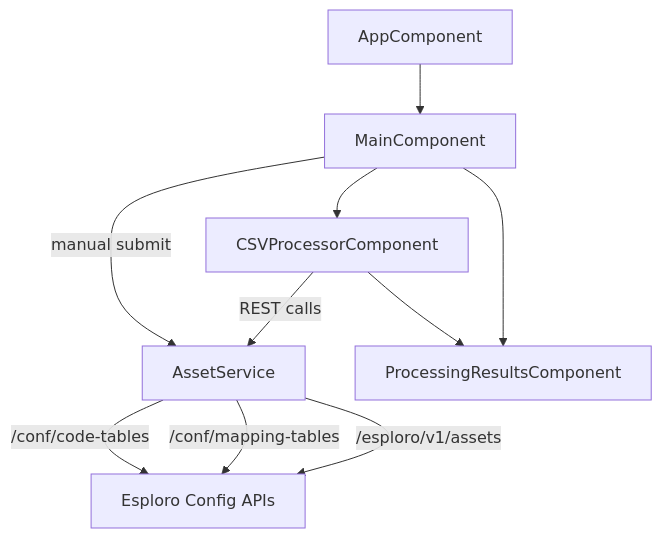
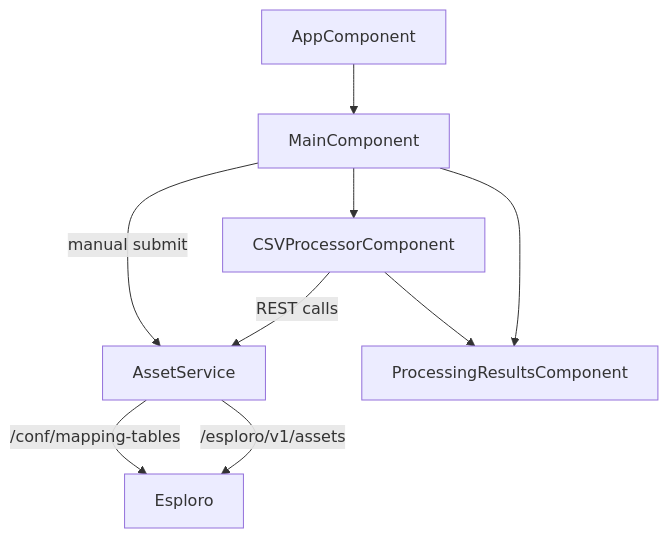
One commit to Testing-Environment/esploro-csv-researcher-loader changed the first of 2 diagrams in explaination.md. Above: the diagram before and after it, drawn with Mermaid. The commit also changed other lines of this file and 34 other files, not shown here.

````diff
--- a/explaination.md
+++ b/explaination.md
@@ -81,13 +81,12 @@
 ```mermaid
 flowchart TD
   App[AppComponent]
   App --> Main[MainComponent]
   Main -->|manual submit| AssetService
   Main --> CSV[CSVProcessorComponent]
   CSV -->|REST calls| AssetService
   CSV --> Results[ProcessingResultsComponent]
   Main --> Results
-  AssetService -->|/conf/code-tables| Esploro[Esploro Config APIs]
   AssetService -->|/conf/mapping-tables| Esploro
   AssetService -->|/esploro/v1/assets| Esploro
 ```
````
